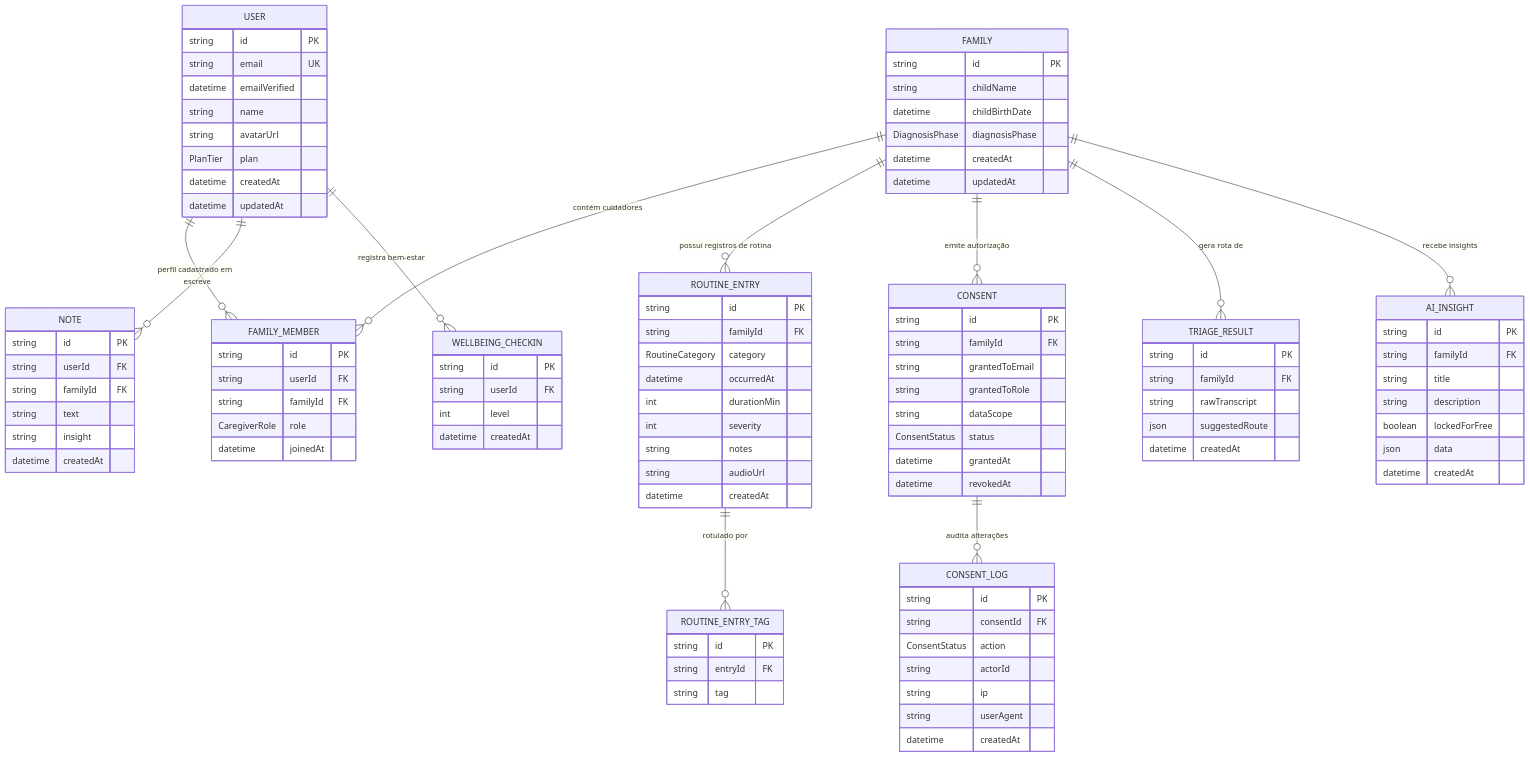
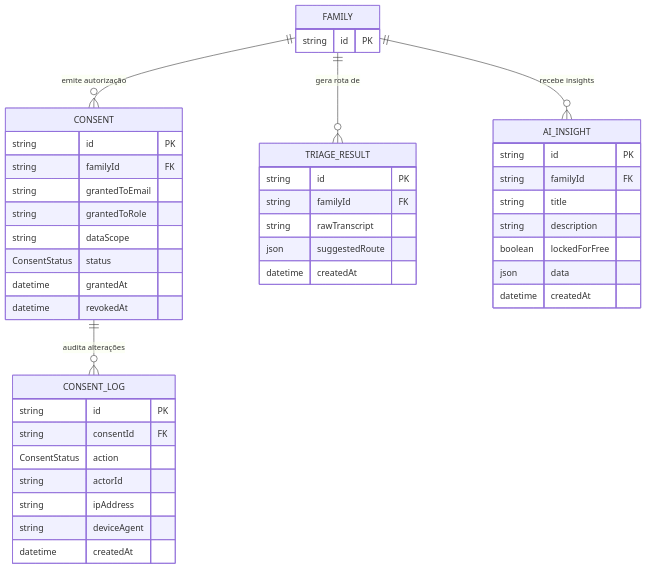
Before and after one commit to StillHue/neuroplus: the fifth of 7 diagrams in ARCHITECTURE.md, drawn with Mermaid. The commit also changed other lines of this file, not shown here.

Commit message:
docs(web): improve architecture diagrams readability and abstract sensitive references

````diff
--- a/ARCHITECTURE.md
+++ b/ARCHITECTURE.md
@@ -78,65 +176,7 @@
 ```mermaid
 erDiagram
-  USER {
-    string id PK
-    string email UK
-    datetime emailVerified
-    string name
-    string avatarUrl
-    PlanTier plan
-    datetime createdAt
-    datetime updatedAt
-  }
-  
   FAMILY {
     string id PK
-    string childName
-    datetime childBirthDate
-    DiagnosisPhase diagnosisPhase
-    datetime createdAt
-    datetime updatedAt
-  }
-  
-  FAMILY_MEMBER {
-    string id PK
-    string userId FK
-    string familyId FK
-    CaregiverRole role
-    datetime joinedAt
-  }
-
-  ROUTINE_ENTRY {
-    string id PK
-    string familyId FK
-    RoutineCategory category
-    datetime occurredAt
-    int durationMin
-    int severity
-    string notes
-    string audioUrl
-    datetime createdAt
-  }
-
-  ROUTINE_ENTRY_TAG {
-    string id PK
-    string entryId FK
-    string tag
-  }
-
-  NOTE {
-    string id PK
-    string userId FK
-    string familyId FK
-    string text
-    string insight
-    datetime createdAt
-  }
-
-  WELLBEING_CHECKIN {
-    string id PK
-    string userId FK
-    int level
-    datetime createdAt
   }
 
   CONSENT {
@@ -155,8 +195,8 @@
     string consentId FK
     ConsentStatus action
     string actorId
-    string ip
-    string userAgent
+    string ipAddress
+    string deviceAgent
     datetime createdAt
   }
 
@@ -178,12 +218,6 @@
     datetime createdAt
   }
 
-  USER ||--o{ FAMILY_MEMBER : "perfil cadastrado em"
-  FAMILY ||--o{ FAMILY_MEMBER : "contém cuidadores"
-  FAMILY ||--o{ ROUTINE_ENTRY : "possui registros de rotina"
-  ROUTINE_ENTRY ||--o{ ROUTINE_ENTRY_TAG : "rotulado por"
-  USER ||--o{ NOTE : "escreve"
-  USER ||--o{ WELLBEING_CHECKIN : "registra bem-estar"
   FAMILY ||--o{ CONSENT : "emite autorização"
   CONSENT ||--o{ CONSENT_LOG : "audita alterações"
   FAMILY ||--o{ TRIAGE_RESULT : "gera rota de"
````
